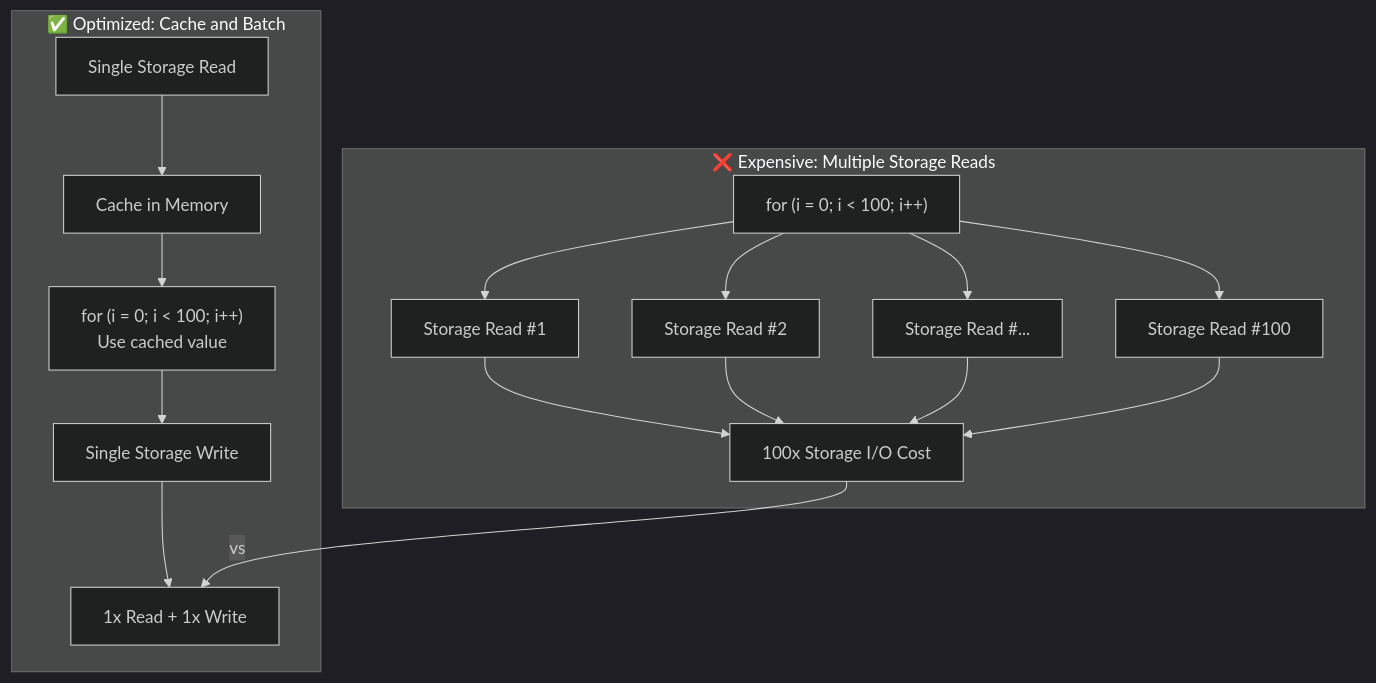
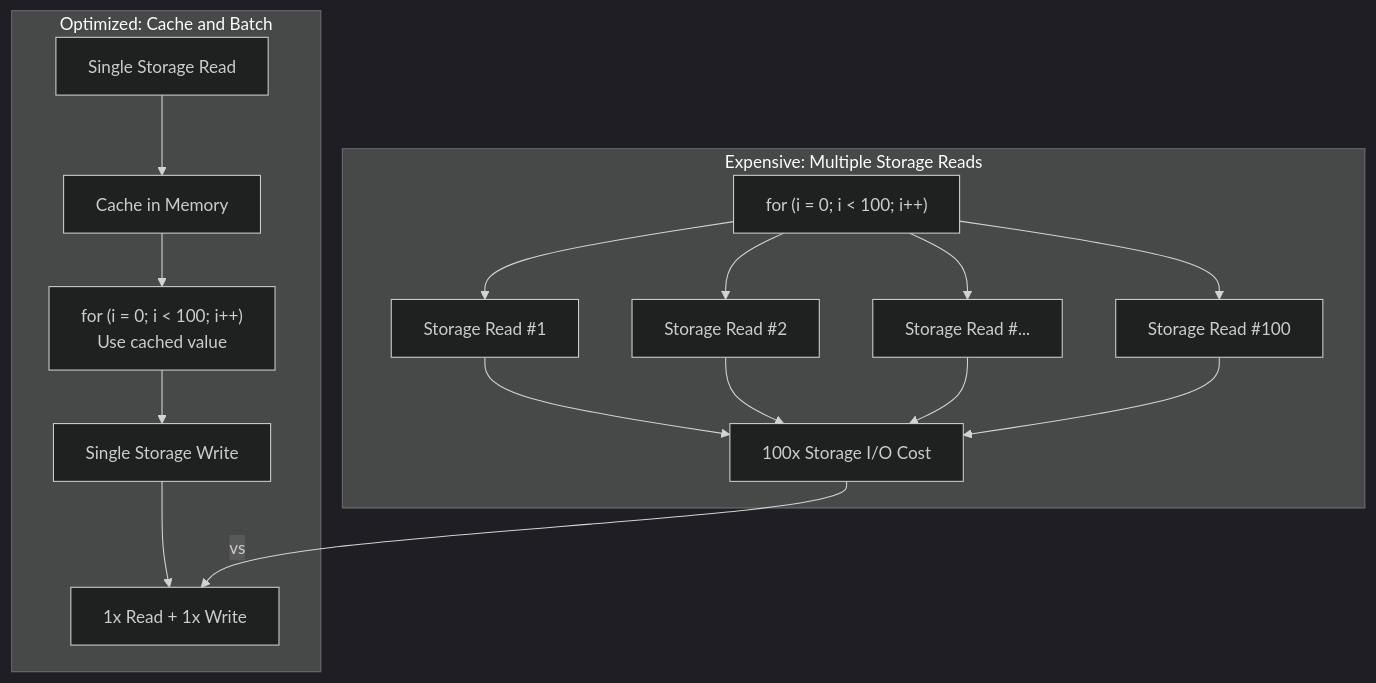
One commit to btc-vision/btc-runtime changed the seventh of 7 diagrams in docs/core-concepts/storage-system.md. Above: the diagram before and after it, drawn with Mermaid. The commit also changed 1 other file, not shown here.

Commit message:
Remove emojis from mermaid diagrams in docs
Emojis were removed from mermaid flowcharts in cross-contract calls and storage system documentation for improved clarity and consistency.

````diff
--- a/docs/core-concepts/storage-system.md
+++ b/docs/core-concepts/storage-system.md
@@ -685,28 +685,28 @@
 ```mermaid
 ---
 config:
   theme: dark
 ---
 flowchart TD
-    subgraph Bad["❌ Expensive: Multiple Storage Reads"]
+    subgraph Bad["Expensive: Multiple Storage Reads"]
         LOOP1["for (i = 0; i < 100; i++)"]
         LOOP1 --> READ1["Storage Read #1"]
         LOOP1 --> READ2["Storage Read #2"]
         LOOP1 --> READ3["Storage Read #..."]
         LOOP1 --> READ100["Storage Read #100"]
         READ1 --> COST1["100x Storage I/O Cost"]
         READ2 --> COST1
         READ3 --> COST1
         READ100 --> COST1
     end
 
-    subgraph Good["✅ Optimized: Cache and Batch"]
+    subgraph Good["Optimized: Cache and Batch"]
         CACHE["Single Storage Read"]
         CACHE --> MEM["Cache in Memory"]
         MEM --> LOOP2["for (i = 0; i < 100; i++)<br/>Use cached value"]
         LOOP2 --> WRITE["Single Storage Write"]
         WRITE --> COST2["1x Read + 1x Write"]
     end
 
     COST1 -->|"vs"| COST2
 ```
````
